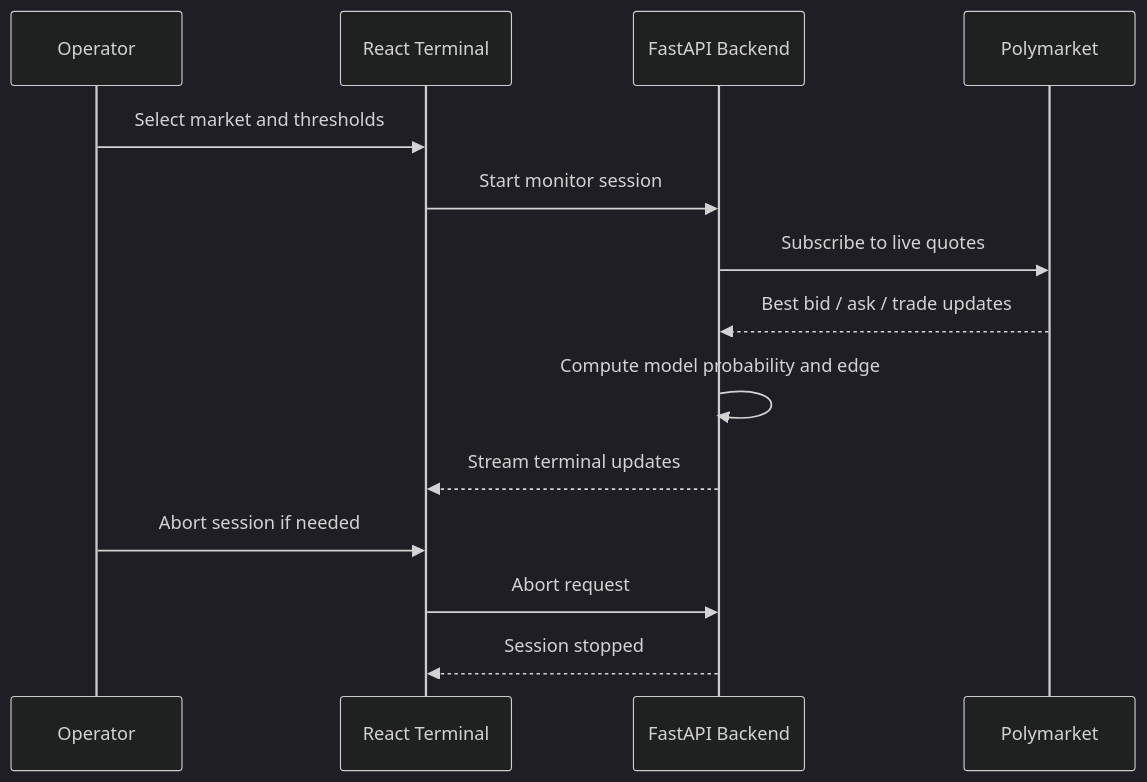
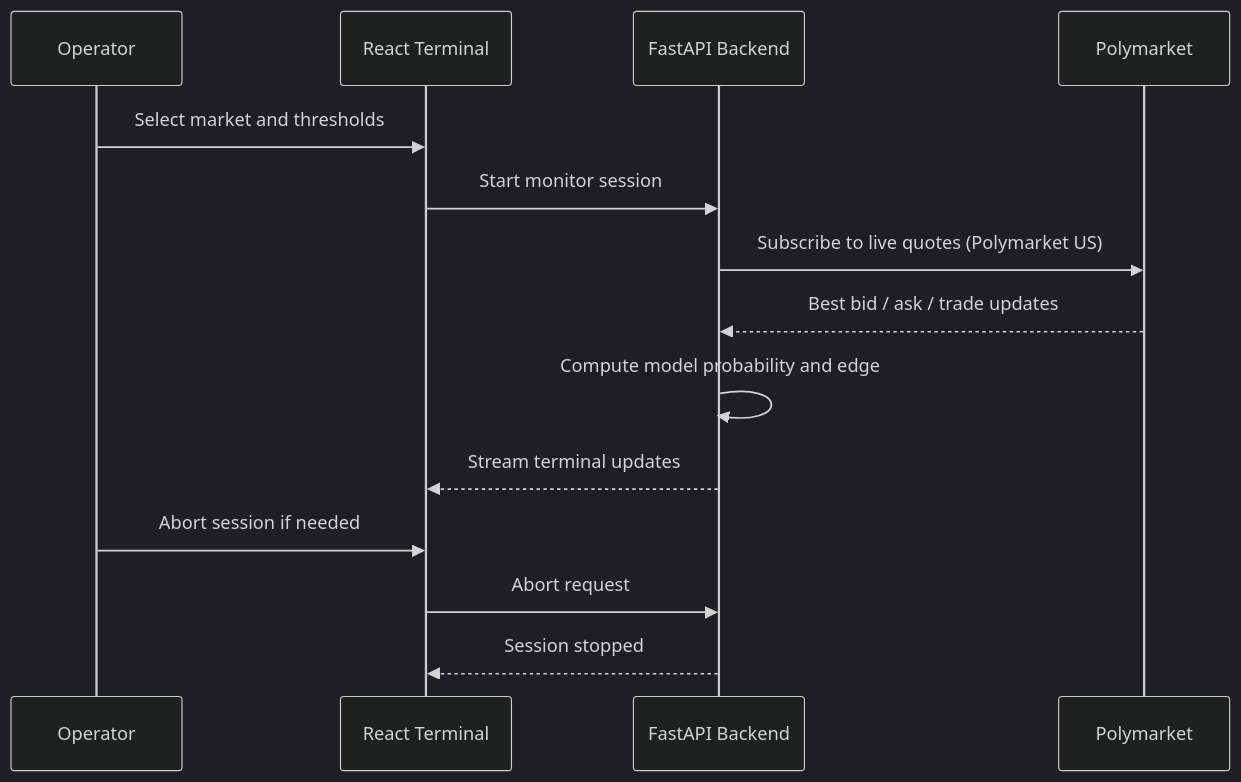
Before and after one commit to npyrz/probis: the second of 2 diagrams in README.md, drawn with Mermaid (dark theme). The commit also changed other lines of this file and 12 other files, not shown here.

````diff
--- a/README.md
+++ b/README.md
@@ -45,17 +45,17 @@
 ```mermaid
 sequenceDiagram
 	participant U as Operator
 	participant T as React Terminal
 	participant A as FastAPI Backend
 	participant P as Polymarket
 
 	U->>T: Select market and thresholds
 	T->>A: Start monitor session
-	A->>P: Subscribe to live quotes
+	A->>P: Subscribe to live quotes (Polymarket US)
 	P-->>A: Best bid / ask / trade updates
 	A->>A: Compute model probability and edge
 	A-->>T: Stream terminal updates
 	U->>T: Abort session if needed
 	T->>A: Abort request
 	A-->>T: Session stopped
 ```
````
